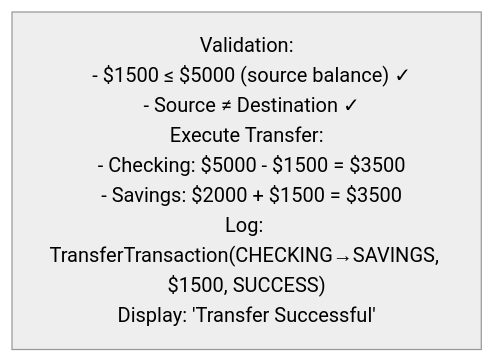
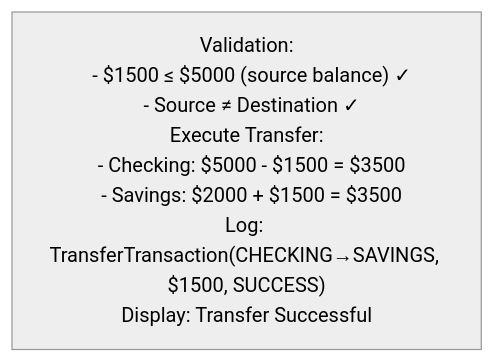
One commit to Prateeshtalasu/SystemDesignGuide changed the second of 13 diagrams in Phase-08-Low-Level-Design/04-atm-system/03-simulation-testing.md. Above: the diagram before and after it, drawn with Mermaid (neutral theme). The commit also changed other lines of this file and 171 other files, not shown here.

Commit message:
Convert ASCII diagrams to Mermaid in Phase-08-Low-Level-Design - Converted 2 ASCII diagrams (library-management state transition, elevator-system class diagram) to Mermaid - Validated all 100 existing Mermaid diagrams - Wrapped ASCII diagrams in collapsible details blocks for reference

````diff
--- a/Phase-08-Low-Level-Design/04-atm-system/03-simulation-testing.md
+++ b/Phase-08-Low-Level-Design/04-atm-system/03-simulation-testing.md
@@ -95,4 +95,4 @@
 ```mermaid
 flowchart TD
-    A["Validation:<br/>  - $1500 ≤ $5000 (source balance) ✓<br/>  - Source ≠ Destination ✓<br/>Execute Transfer:<br/>  - Checking: $5000 - $1500 = $3500<br/>  - Savings: $2000 + $1500 = $3500<br/>Log: TransferTransaction(CHECKING→SAVINGS, $1500, SUCCESS)<br/>Display: 'Transfer Successful'"]
+    A["Validation:<br/>  - $1500 ≤ $5000 (source balance) ✓<br/>  - Source ≠ Destination ✓<br/>Execute Transfer:<br/>  - Checking: $5000 - $1500 = $3500<br/>  - Savings: $2000 + $1500 = $3500<br/>Log: TransferTransaction(CHECKING→SAVINGS, $1500, SUCCESS)<br/>Display: Transfer Successful"]
 ```
````
